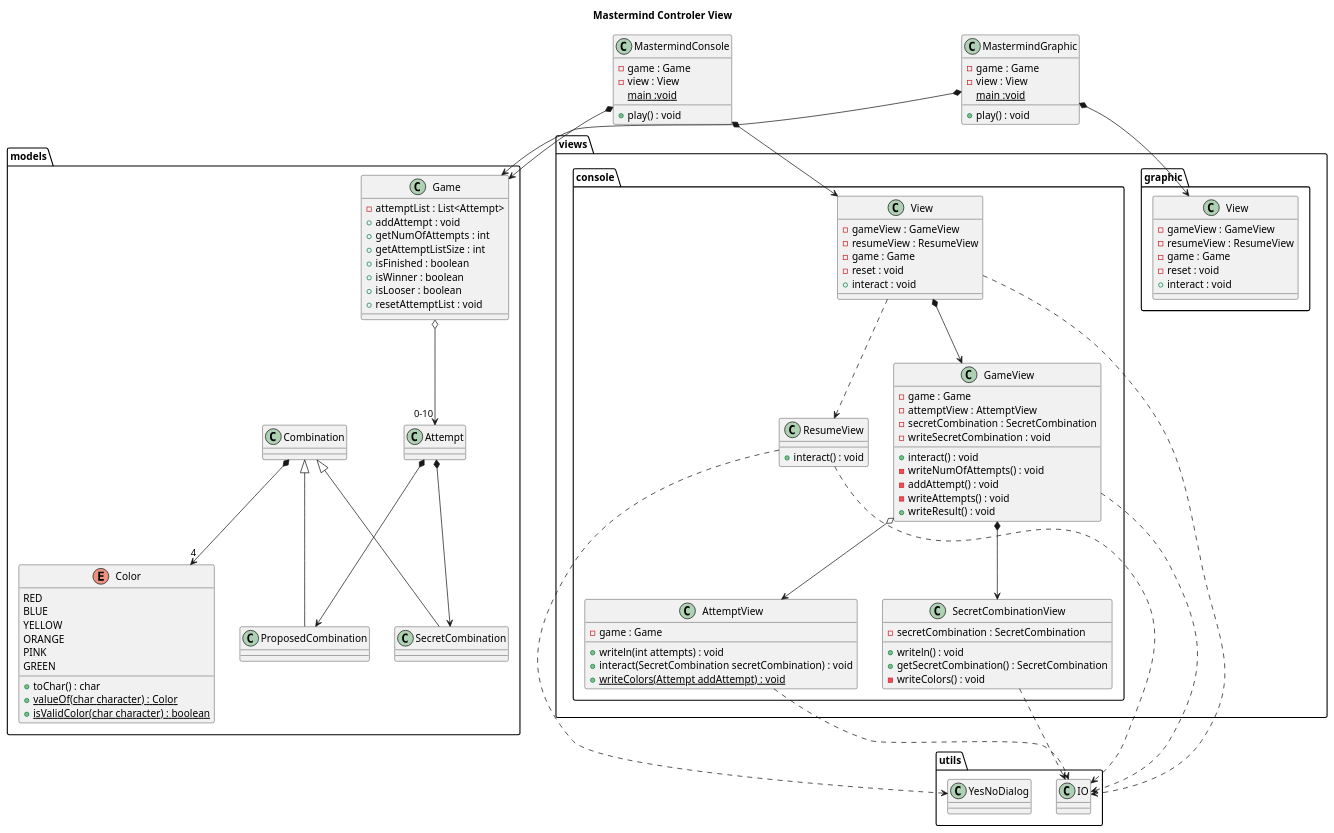
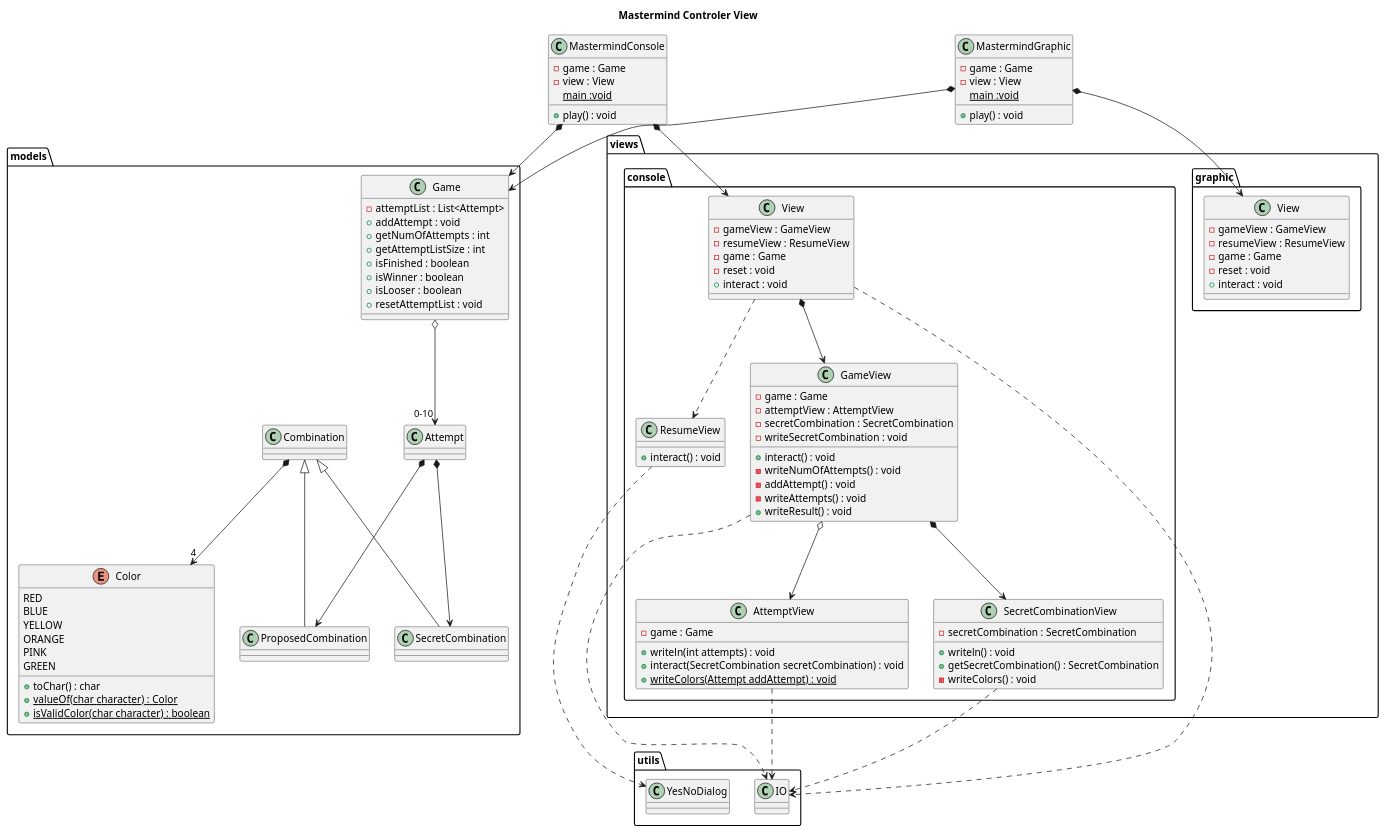
Before and after one commit to Master-Desarrollo-20-21/diseno-oo-ejercicio2-mastermind-document-view-jumpering: the diagram in Document View UML/mastermind-document-view.puml, drawn with PlantUML.

```diff
--- a/Document View UML/mastermind-document-view.puml
+++ b/Document View UML/mastermind-document-view.puml
@@ -1,111 +1,110 @@
 @startuml
 
 title Mastermind Controler View
 
 class MastermindConsole{
 - game : Game
 - view : View
 + play() : void
 {static} main :void
 }
 MastermindConsole *--> models.Game
 MastermindConsole *--> views.console.View
 class MastermindGraphic{
 - game : Game
 - view : View
 + play() : void
 {static} main :void
 }
 MastermindGraphic *--> models.Game
 MastermindGraphic *--> views.graphic.View
 
 
 namespace views.graphic{
 class View{
 - gameView : GameView
 - resumeView : ResumeView
 - game : Game
 - reset : void
 + interact : void
 }
 }
 namespace views.console{
 class View{
 - gameView : GameView
 - resumeView : ResumeView
 - game : Game
 - reset : void
 + interact : void
 }
 class GameView{
 - game : Game
 - attemptView : AttemptView
 - secretCombination : SecretCombination
 + interact() : void
 - writeNumOfAttempts() : void
 - writeSecretCombination : void
 - addAttempt() : void
 - writeAttempts() : void
 + writeResult() : void
 }
 class ResumeView{
 + interact() : void
 }
 class AttemptView{
 - game : Game
 + writeln(int attempts) : void
 + interact(SecretCombination secretCombination) : void
 +{static} writeColors(Attempt addAttempt) : void
 }
 class SecretCombinationView{
 - secretCombination : SecretCombination
 + writeln() : void
 + getSecretCombination() : SecretCombination
 - writeColors() : void
 }
 View *--> GameView
 View ..> ResumeView
 GameView o--> AttemptView
 GameView *--> SecretCombinationView
 }
 
 namespace models{
 Enum Color{
 RED
 BLUE
 YELLOW
 ORANGE
 PINK
 GREEN
 + toChar() : char
 + {static} valueOf(char character) : Color
 + {static} isValidColor(char character) : boolean
 }
 class Game{
 - attemptList : List<Attempt>
 + addAttempt : void
 + getNumOfAttempts : int
 + getAttemptListSize : int
 + isFinished : boolean
 + isWinner : boolean
 + isLooser : boolean
 + resetAttemptList : void
 }
 Game o-->"0-10" Attempt
 Attempt *--> ProposedCombination
 Attempt *--> SecretCombination
 Combination <|-down- ProposedCombination
 Combination <|-down- SecretCombination
 Combination *-->"4" Color
 }
 
 namespace utils{
 views.console.View ..> IO
 views.console.GameView ..> IO
-views.console.ResumeView ..> IO
 views.console.SecretCombinationView ..> IO
 views.console.AttemptView ..> IO
 views.console.ResumeView ..> YesNoDialog
 
 }
 @enduml
```
